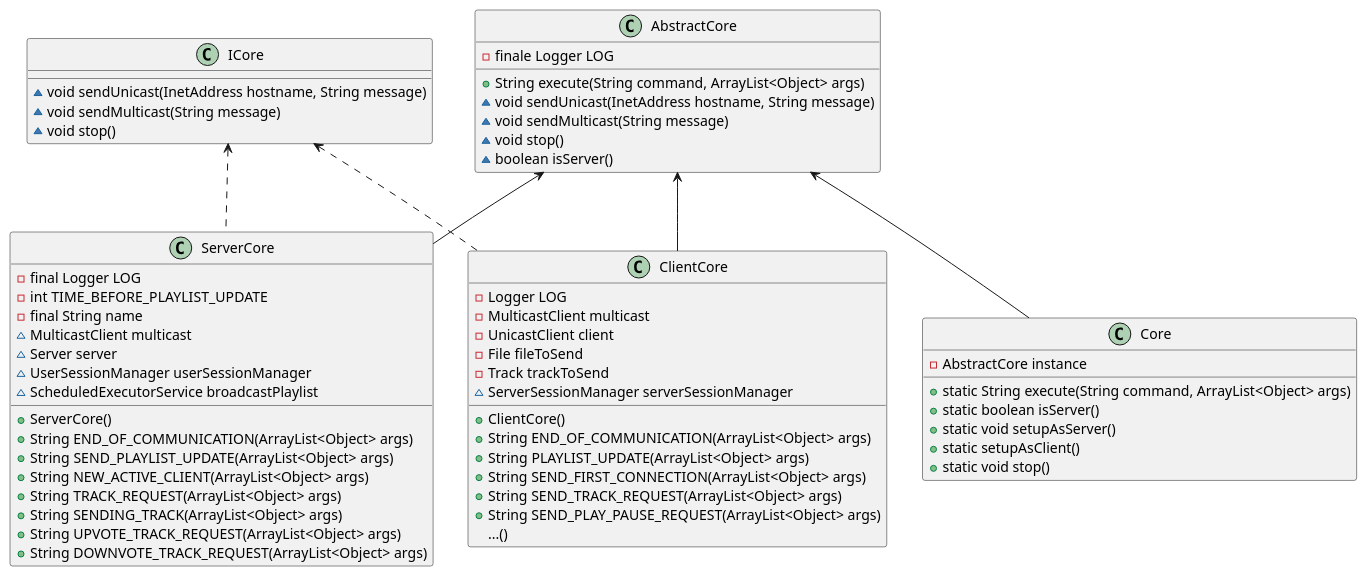
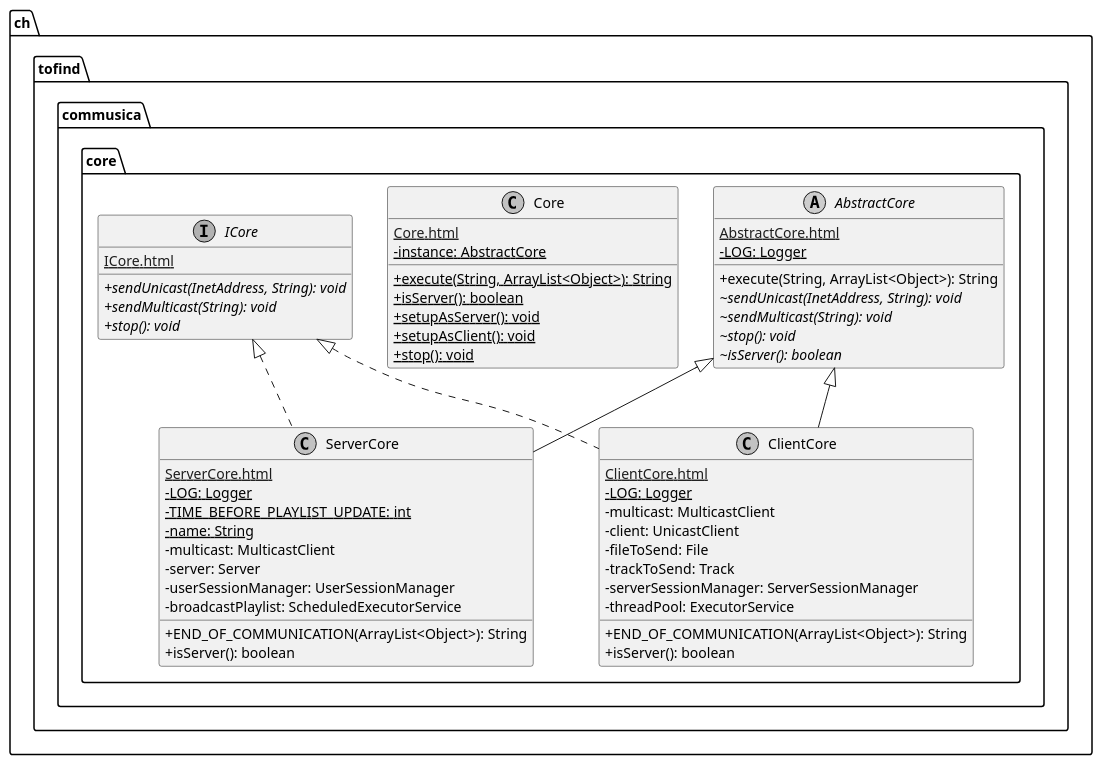
One commit to heig-vd-pro2017/projet changed the diagram in doc/PRO/UML/core.puml. Above: the diagram before and after it, drawn with PlantUML. The commit also changed 15 other files, not shown here.

Commit message:
UML schemas done

```diff
--- a/doc/PRO/UML/core.puml
+++ b/doc/PRO/UML/core.puml
@@ -1,72 +1,71 @@
 @startuml
 
+    skinparam monochrome true
+    skinparam classAttributeIconSize 0
 
-class AbstractCore{
-- finale Logger LOG
-+String execute(String command, ArrayList<Object> args)
-~void sendUnicast(InetAddress hostname, String message)
-~void sendMulticast(String message)
-~void stop()
-~boolean isServer()
-}
+    namespace ch.tofind.commusica.core {
 
+        abstract class AbstractCore {
+            [[AbstractCore.html]]
+            {static} -LOG: Logger
+            +execute(String, ArrayList<Object>): String
+            {abstract} ~sendUnicast(InetAddress, String): void
+            {abstract} ~sendMulticast(String): void
+            {abstract} ~stop(): void
+            {abstract} ~isServer(): boolean
+        }
 
-class ClientCore{
--Logger LOG
--MulticastClient multicast
--UnicastClient client
--File fileToSend
--Track trackToSend
-~ServerSessionManager serverSessionManager
-+ClientCore()
-+String END_OF_COMMUNICATION(ArrayList<Object> args)
-+String PLAYLIST_UPDATE(ArrayList<Object> args)
-+String SEND_FIRST_CONNECTION(ArrayList<Object> args)
-+String SEND_TRACK_REQUEST(ArrayList<Object> args)
-+String SEND_PLAY_PAUSE_REQUEST(ArrayList<Object> args)
-...()
-}
+        class ServerCore {
+            [[ServerCore.html]]
+            {static} -LOG: Logger
+            {static} -TIME_BEFORE_PLAYLIST_UPDATE: int
+            {static} -name: String
+            -multicast: MulticastClient
+            -server: Server
+            -userSessionManager: UserSessionManager
+            -broadcastPlaylist: ScheduledExecutorService
+            +END_OF_COMMUNICATION(ArrayList<Object>): String
+            +isServer(): boolean
+        }
 
-class Core{
-- AbstractCore instance
+        class ClientCore {
+            [[ClientCore.html]]
+            {static} -LOG: Logger
+            -multicast: MulticastClient
+            -client: UnicastClient
+            -fileToSend: File
+            -trackToSend: Track
+            -serverSessionManager: ServerSessionManager
+            -threadPool: ExecutorService
+            +END_OF_COMMUNICATION(ArrayList<Object>): String
+            +isServer(): boolean
+        }
 
+        class Core {
+            [[Core.html]]
+            {static} -instance: AbstractCore
+            {static} +execute(String, ArrayList<Object>): String
+            {static} +isServer(): boolean
+            {static} +setupAsServer(): void
+            {static} +setupAsClient(): void
+            {static} +stop(): void
+        }
 
+        interface ICore {
+            [[ICore.html]]
+            {abstract} +sendUnicast(InetAddress, String): void
+            {abstract} +sendMulticast(String): void
+            {abstract} +stop(): void
+        }
 
-+ static String execute(String command, ArrayList<Object> args)
-+static boolean isServer()
-+ static void setupAsServer()
-+ static setupAsClient()
-+ static void stop()
-}
+        AbstractCore <|-- ServerCore
 
-class ServerCore{
--final Logger LOG
--int TIME_BEFORE_PLAYLIST_UPDATE
--final String name
-~MulticastClient multicast
-~Server server
-~UserSessionManager userSessionManager
-~ScheduledExecutorService broadcastPlaylist
-+ ServerCore()
-+ String END_OF_COMMUNICATION(ArrayList<Object> args)
-+ String SEND_PLAYLIST_UPDATE(ArrayList<Object> args)
-+ String NEW_ACTIVE_CLIENT(ArrayList<Object> args)
-+ String TRACK_REQUEST(ArrayList<Object> args)
-+ String SENDING_TRACK(ArrayList<Object> args)
-+ String UPVOTE_TRACK_REQUEST(ArrayList<Object> args)
-+String DOWNVOTE_TRACK_REQUEST(ArrayList<Object> args)
+        ICore <|.. ServerCore
 
-}
+        AbstractCore <|-- ClientCore
 
-class ICore{
-~ void sendUnicast(InetAddress hostname, String message)
-~ void sendMulticast(String message)
-~ void stop()
-}
+        ICore <|.. ClientCore
 
-AbstractCore<--ClientCore
-AbstractCore<--Core
-AbstractCore<--ServerCore
-ICore<..ClientCore
-ICore<..ServerCore
+    }
+
 @enduml
```
